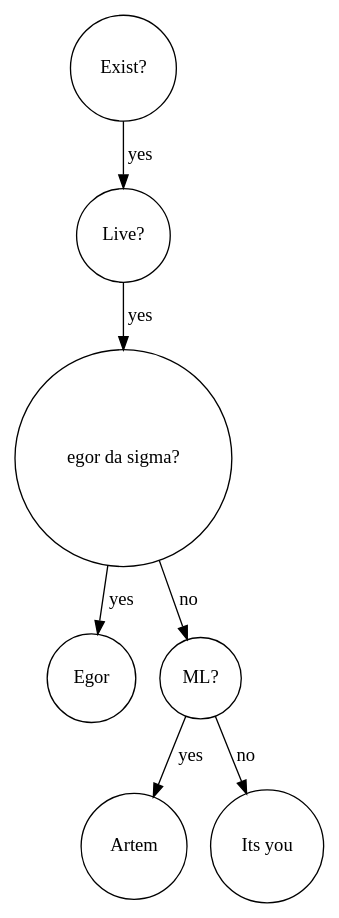
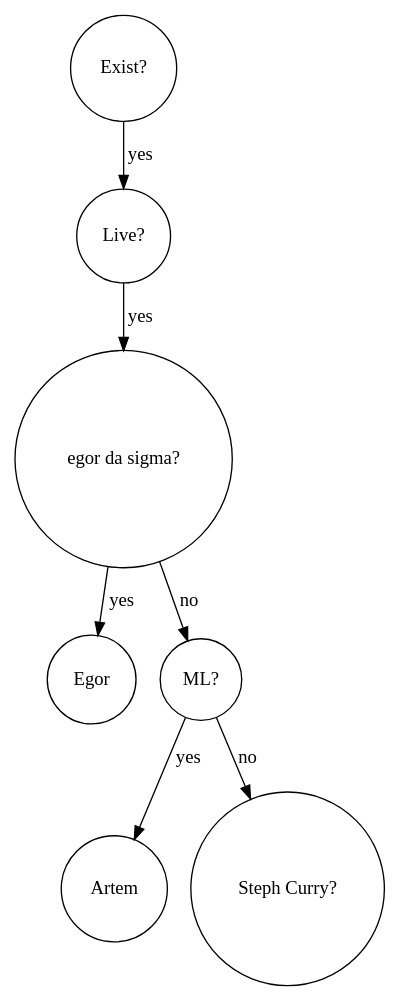
One commit to fl4cko11/Huawei_MIPT changed the diagram in tree/akinator/bst_visual_log/bst_6.dot. Above: the diagram before and after it, drawn with Graphviz. The commit also changed 18 other files, not shown here.

```diff
--- a/tree/akinator/bst_visual_log/bst_6.dot
+++ b/tree/akinator/bst_visual_log/bst_6.dot
@@ -1,9 +1,9 @@
 digraph BST {
     node [shape=circle];
     "Exist?" -> "Live?" [label="yes"];
     "Live?" -> "egor da sigma?" [label="yes"];
     "egor da sigma?" -> "Egor" [label="yes"];
     "egor da sigma?" -> "ML?" [label="no"];
     "ML?" -> "Artem" [label="yes"];
-    "ML?" -> "Its you" [label="no"];
+    "ML?" -> "Steph Curry?" [label="no"];
 }
```
